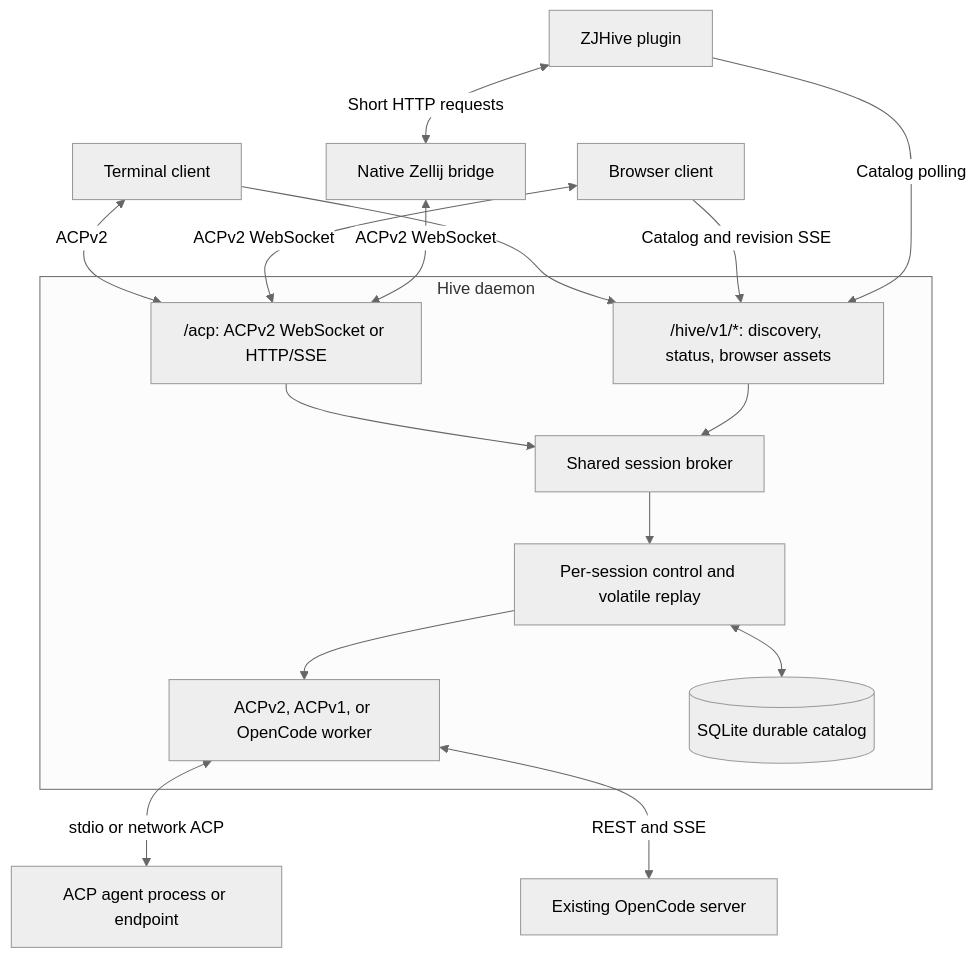
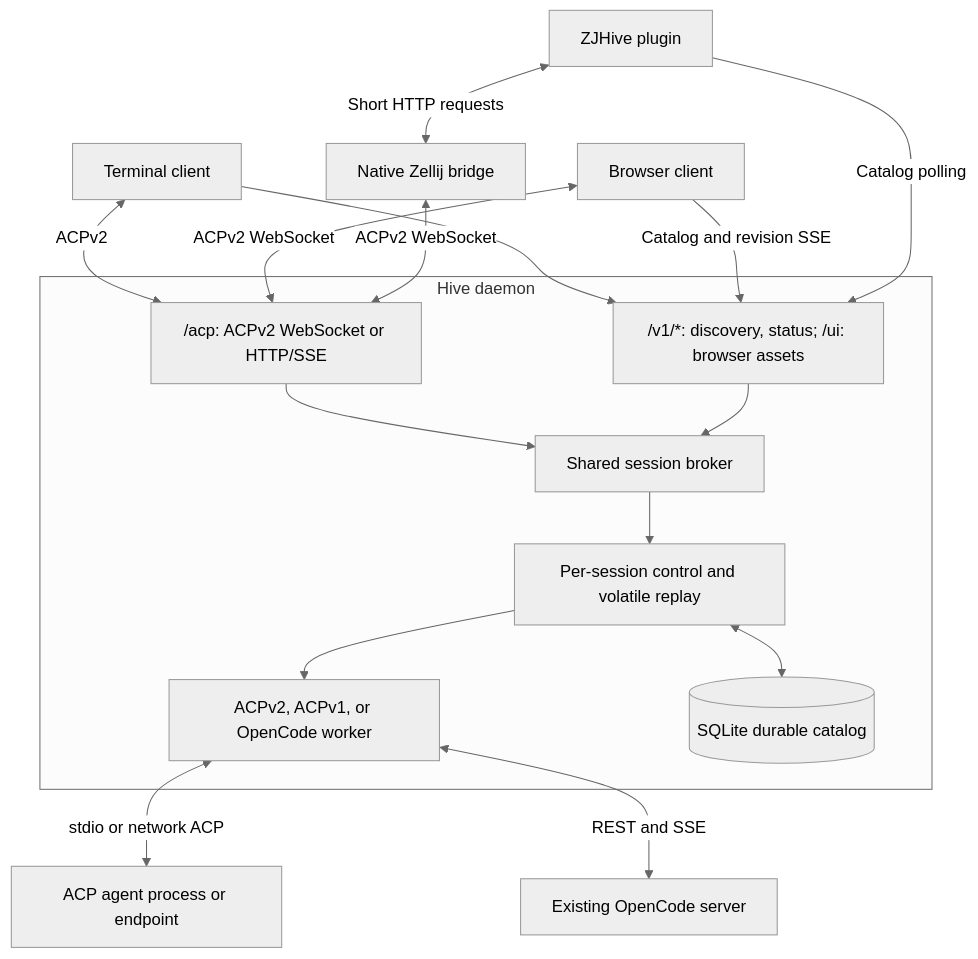
The first of 2 diagrams in docs/architecture.md (noirbizarre/hive), drawn with Mermaid (neutral theme) before and after one commit. The commit also changed 26 other files, not shown here.

Commit message:
refactor(http)!: serve the web UI at /ui and remove the /hive prefix (#39)

````diff
--- a/docs/architecture.md
+++ b/docs/architecture.md
@@ -9,34 +9,34 @@
 ```mermaid
 flowchart TB
     TUI[Terminal client]
     WEB[Browser client]
     ZJ[ZJHive plugin]
     BR[Native Zellij bridge]
 
     subgraph Hive daemon
         ACP["/acp: ACPv2 WebSocket or HTTP/SSE"]
-        HTTP["/hive/v1/*: discovery, status, browser assets"]
+        HTTP["/v1/*: discovery, status; /ui: browser assets"]
         BROKER[Shared session broker]
         CONTROL[Per-session control and volatile replay]
         WORKERS[ACPv2, ACPv1, or OpenCode worker]
         DB[(SQLite durable catalog)]
     end
 
     AGENT[ACP agent process or endpoint]
     OC[Existing OpenCode server]
 
     TUI <-->|ACPv2| ACP
     WEB <-->|ACPv2 WebSocket| ACP
     TUI --> HTTP
     WEB -->|Catalog and revision SSE| HTTP
     ZJ -->|Catalog polling| HTTP
     ZJ <-->|Short HTTP requests| BR
     BR <-->|ACPv2 WebSocket| ACP
     ACP --> BROKER
     HTTP --> BROKER
     BROKER --> CONTROL
     CONTROL --> WORKERS
     CONTROL <--> DB
     WORKERS <-->|stdio or network ACP| AGENT
     WORKERS <-->|REST and SSE| OC
 ```
````
